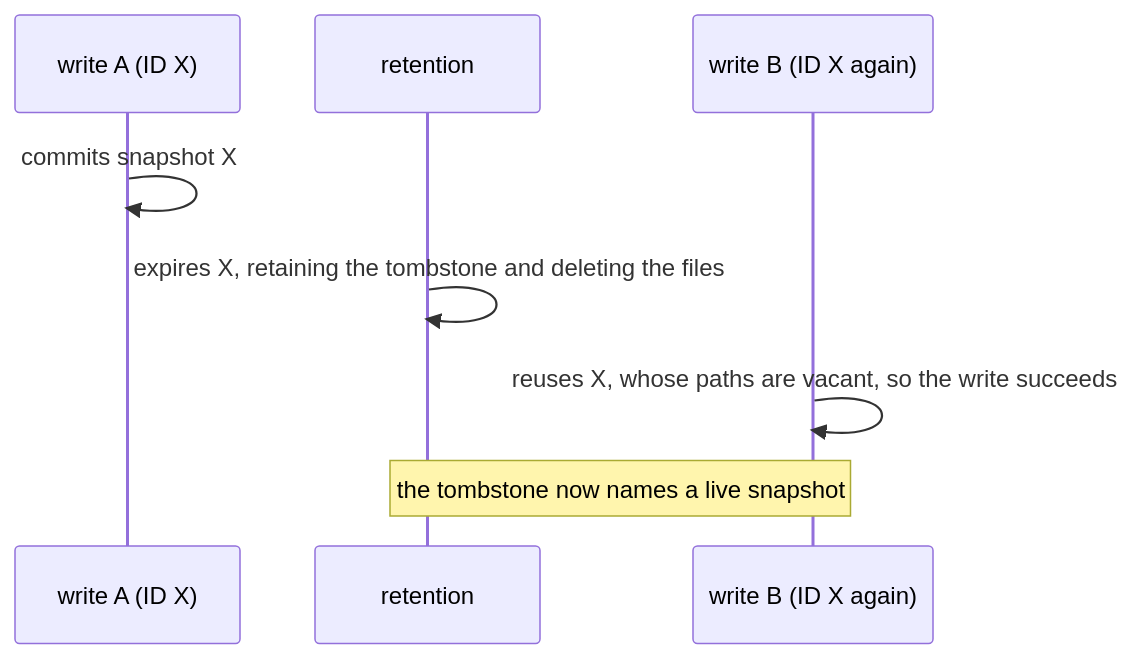
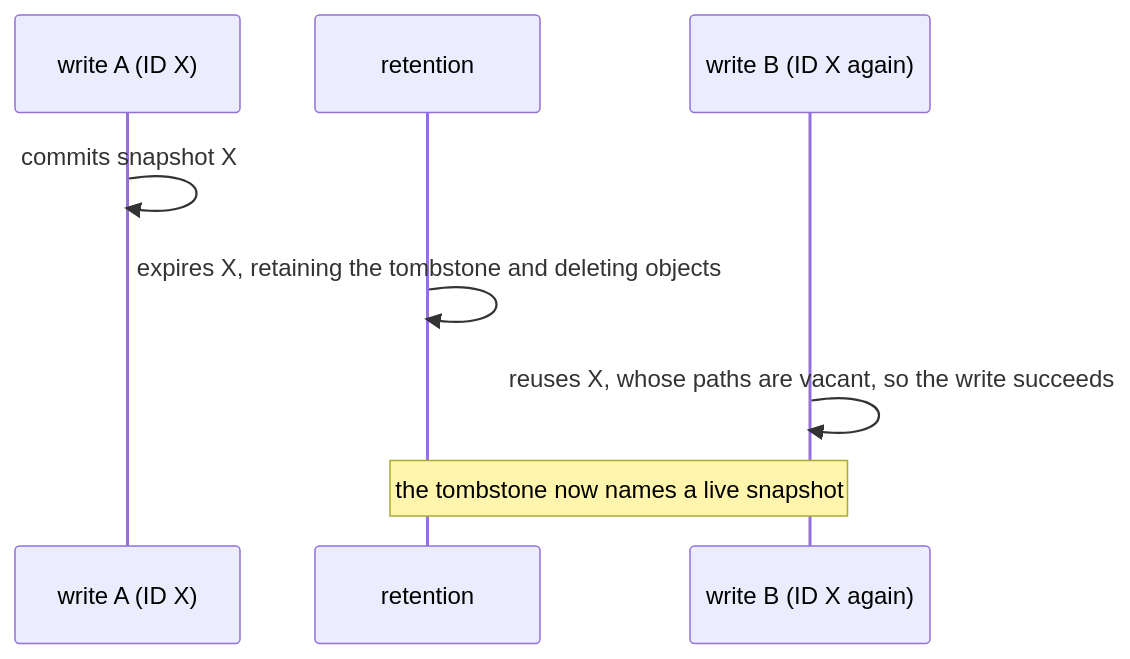
The diagram in docs/guides/snapshot-ids.md (pithecene/lode), drawn with Mermaid before and after one commit. The commit also changed other lines of this file and 127 other files, not shown here.

````diff
--- a/docs/guides/snapshot-ids.md
+++ b/docs/guides/snapshot-ids.md
@@ -64,10 +57,10 @@
 ```mermaid
 sequenceDiagram
     participant W1 as write A (ID X)
     participant R as retention
     participant W2 as write B (ID X again)
     W1->>W1: commits snapshot X
-    R->>R: expires X, retaining the tombstone and deleting the files
+    R->>R: expires X, retaining the tombstone and deleting objects
     W2->>W2: reuses X, whose paths are vacant, so the write succeeds
     Note over R,W2: the tombstone now names a live snapshot
 ```
````
